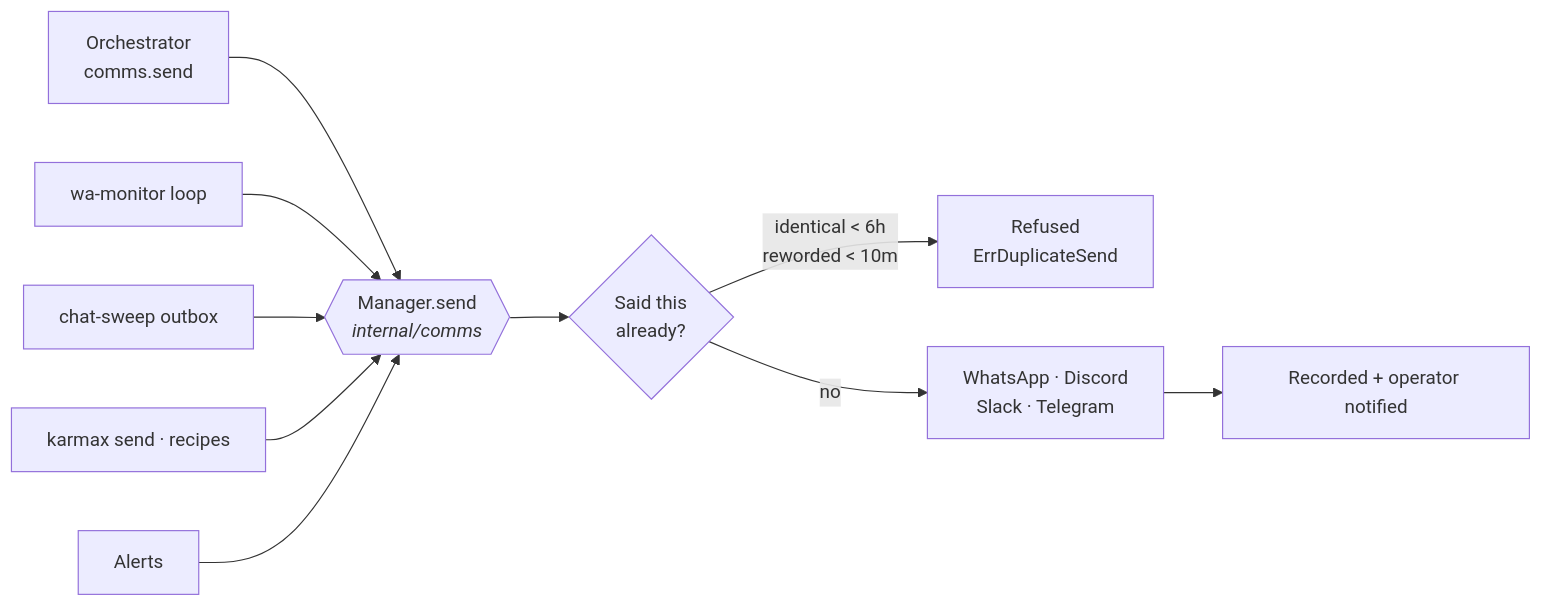
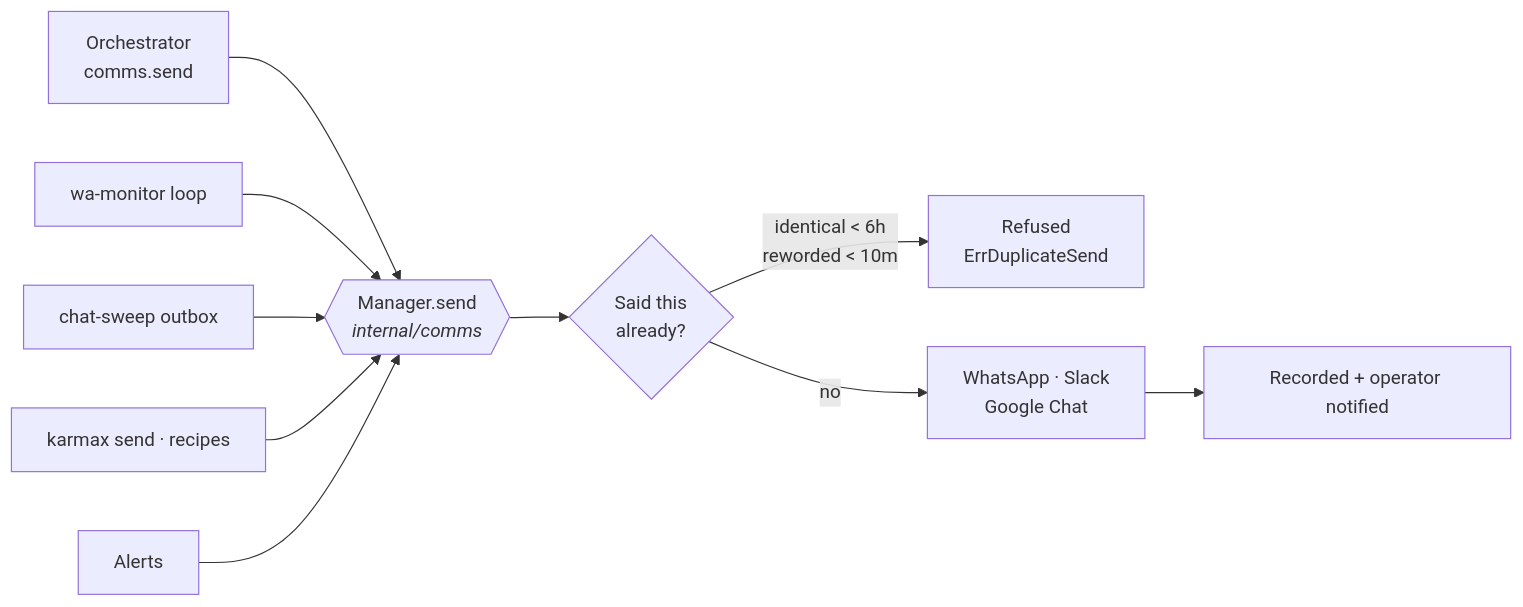
The fourth of 4 diagrams in README.md (MelloB1989/KARMAX), drawn with Mermaid before and after one commit. The commit also changed other lines of this file and 11 other files, not shown here.

First line of the commit message:
comms: the Discord and Telegram channels are gone

````diff
--- a/README.md
+++ b/README.md
@@ -152,14 +152,14 @@
 ```mermaid
 flowchart LR
     A["Orchestrator<br/>comms.send"] --> S
     B["wa-monitor loop"] --> S
     C["chat-sweep outbox"] --> S
     D["karmax send · recipes"] --> S
     E["Alerts"] --> S
 
     S{{"Manager.send<br/><i>internal/comms</i>"}}
     S --> DUP{"Said this<br/>already?"}
     DUP -->|"identical &lt; 6h<br/>reworded &lt; 10m"| REF["Refused<br/>ErrDuplicateSend"]
-    DUP -->|no| CHAN["WhatsApp · Discord<br/>Slack · Telegram"]
+    DUP -->|no| CHAN["WhatsApp · Slack<br/>Google Chat"]
     CHAN --> REC["Recorded + operator notified"]
 ```
````
